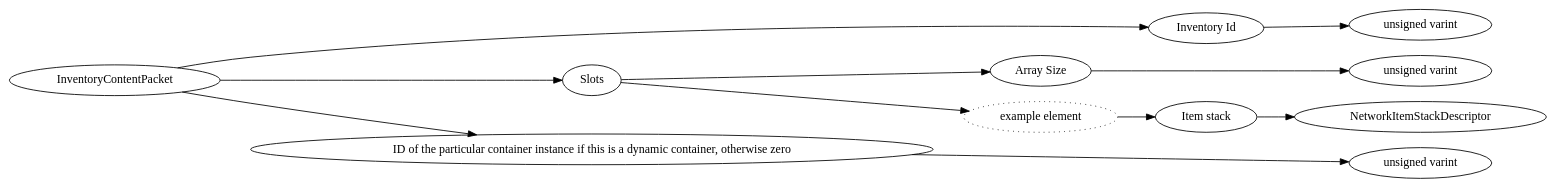
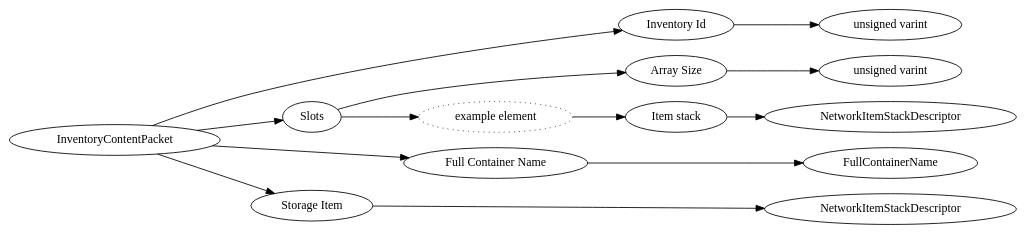
The diagram in dot/InventoryContentPacket.dot (Mojang/bedrock-protocol-docs), drawn with Graphviz before and after one commit. The commit also changed 118 other files, not shown here.

```diff
--- a/dot/InventoryContentPacket.dot
+++ b/dot/InventoryContentPacket.dot
@@ -1,28 +1,32 @@
 digraph "InventoryContentPacket" {
 rankdir = LR
 0
 0 -> 1
 1 -> 2
 0 -> 3
 3 -> 4
 4 -> 5
 3 -> 6
 6 -> 7
 7 -> 8
 0 -> 9
-9 -> 10
+9 -> 18
+0 -> 19
+19 -> 20
 
 0 [label="InventoryContentPacket",comment="name: \"InventoryContentPacket\", typeName: \"\", id: 0, branchId: 49, recurseId: -1, attributes: 0, notes: \"\""];
 1 [label="Inventory Id",comment="name: \"Inventory Id\", typeName: \"\", id: 1, branchId: 0, recurseId: -1, attributes: 0, notes: \"\""];
 2 [label="unsigned varint",comment="name: \"unsigned varint\", typeName: \"\", id: 2, branchId: 0, recurseId: -1, attributes: 512, notes: \"\""];
 3 [label="Slots",comment="name: \"Slots\", typeName: \"\", id: 3, branchId: 0, recurseId: -1, attributes: 8, notes: \"\""];
 4 [label="Array Size",comment="name: \"Array Size\", typeName: \"\", id: 4, branchId: 0, recurseId: -1, attributes: 0, notes: \"\""];
 5 [label="unsigned varint",comment="name: \"unsigned varint\", typeName: \"\", id: 5, branchId: 0, recurseId: -1, attributes: 512, notes: \"\""];
 6 [label="example element",style=dotted,comment="name: \"example element\", typeName: \"\", id: 6, branchId: 0, recurseId: -1, attributes: 16, notes: \"\""];
 7 [label="Item stack",comment="name: \"Item stack\", typeName: \"NetworkItemStackDescriptor\", id: 7, branchId: 0, recurseId: -1, attributes: 256, notes: \"\""];
 8 [label="NetworkItemStackDescriptor",comment="name: \"NetworkItemStackDescriptor\", typeName: \"\", id: 8, branchId: 0, recurseId: -1, attributes: 512, notes: \"\""];
-9 [label="ID of the particular container instance if this is a dynamic container, otherwise zero",comment="name: \"ID of the particular container instance if this is a dynamic container, otherwise zero\", typeName: \"\", id: 9, branchId: 0, recurseId: -1, attributes: 0, notes: \"\""];
-10 [label="unsigned varint",comment="name: \"unsigned varint\", typeName: \"\", id: 10, branchId: 0, recurseId: -1, attributes: 512, notes: \"\""];
-{ rank = max;2;5;8;10}
+9 [label="Full Container Name",comment="name: \"Full Container Name\", typeName: \"FullContainerName\", id: 9, branchId: 0, recurseId: -1, attributes: 256, notes: \"Used to reference a specific container within a given screen container context.\""];
+18 [label="FullContainerName",comment="name: \"FullContainerName\", typeName: \"\", id: 18, branchId: 0, recurseId: -1, attributes: 512, notes: \"\""];
+19 [label="Storage Item",comment="name: \"Storage Item\", typeName: \"NetworkItemStackDescriptor\", id: 19, branchId: 0, recurseId: -1, attributes: 256, notes: \"Optional storage item containing the contents to set. Only the item type is relevant, not any stack information.\""];
+20 [label="NetworkItemStackDescriptor",comment="name: \"NetworkItemStackDescriptor\", typeName: \"\", id: 20, branchId: 0, recurseId: -1, attributes: 512, notes: \"\""];
+{ rank = max;2;5;8;18;20}
 
 }
```
